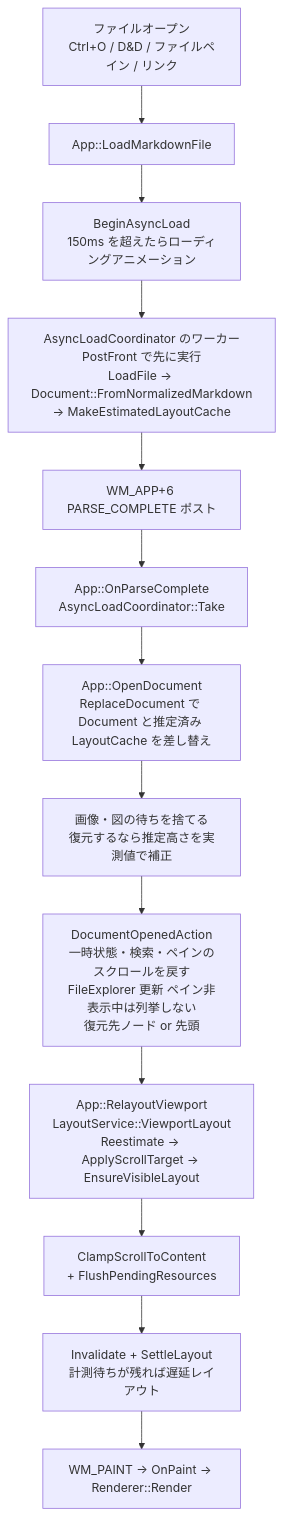
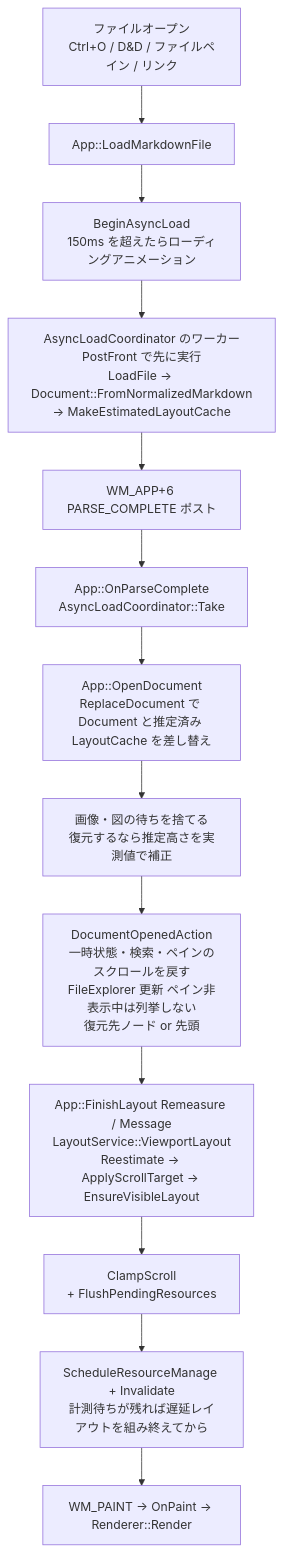
Diagram 18 of 58 in example/test.md (tanaton/mendo), drawn with Mermaid before and after one commit. The commit also changed other lines of this file and 91 other files, not shown here.

````diff
--- a/example/test.md
+++ b/example/test.md
@@ -3105,16 +3272,16 @@
 ```mermaid
 flowchart TD
     TRIGGER[ファイルオープン<br>Ctrl+O / D&D / ファイルペイン / リンク] --> LMF[App::LoadMarkdownFile]
     LMF --> ASYNC[BeginAsyncLoad<br>150ms を超えたらローディングアニメーション]
     ASYNC --> WORKER[AsyncLoadCoordinator のワーカー<br>PostFront で先に実行<br>LoadFile → Document::FromNormalizedMarkdown<br>→ MakeEstimatedLayoutCache]
     WORKER --> POST[WM_APP+6 PARSE_COMPLETE ポスト]
     POST --> OPC[App::OnParseComplete<br>AsyncLoadCoordinator::Take]
 
     OPC --> REPL[App::OpenDocument<br>ReplaceDocument で Document と推定済み LayoutCache を差し替え]
     REPL --> FIN[画像・図の待ちを捨てる<br>復元するなら推定高さを実測値で補正]
     FIN --> OPENED[DocumentOpenedAction<br>一時状態・検索・ペインのスクロールを戻す<br>FileExplorer 更新 ペイン非表示中は列挙しない<br>復元先ノード or 先頭]
-    OPENED --> LAYOUT[App::RelayoutViewport<br>LayoutService::ViewportLayout<br>Reestimate → ApplyScrollTarget → EnsureVisibleLayout]
-    LAYOUT --> FINAL[ClampScrollToContent<br>+ FlushPendingResources]
-    FINAL --> INVAL[Invalidate + SettleLayout<br>計測待ちが残れば遅延レイアウト]
+    OPENED --> LAYOUT[App::FinishLayout Remeasure / Message<br>LayoutService::ViewportLayout<br>Reestimate → ApplyScrollTarget → EnsureVisibleLayout]
+    LAYOUT --> FINAL[ClampScroll<br>+ FlushPendingResources]
+    FINAL --> INVAL[ScheduleResourceManage + Invalidate<br>計測待ちが残れば遅延レイアウトを組み終えてから]
     INVAL --> PAINT[WM_PAINT → OnPaint → Renderer::Render]
 ```
````
